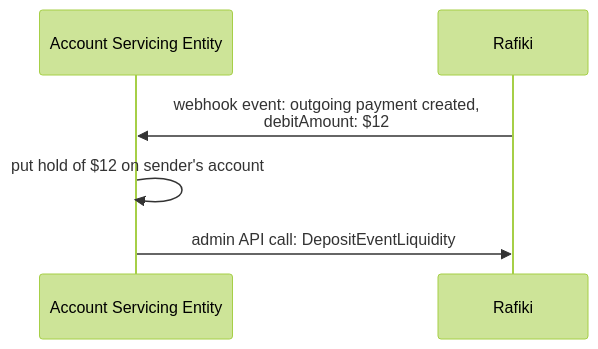
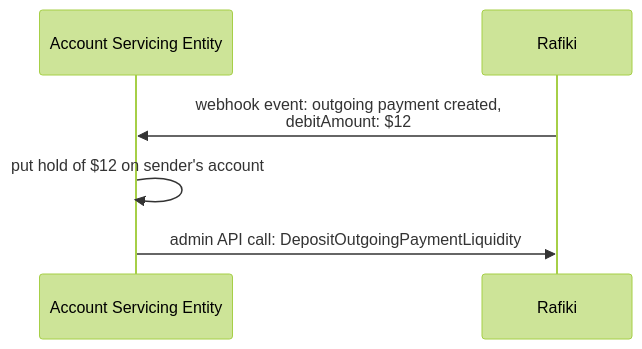
Before and after one commit to interledger/rafiki: the fourth of 10 diagrams in packages/documentation/src/content/docs/integration/event-handlers.md, drawn with Mermaid (forest theme). The commit also changed other lines of this file and 1 other file, not shown here.

````diff
--- a/packages/documentation/src/content/docs/integration/event-handlers.md
+++ b/packages/documentation/src/content/docs/integration/event-handlers.md
@@ -64,11 +64,11 @@
 ```mermaid
 
 sequenceDiagram
 
 participant ASE as Account Servicing Entity
 participant R as Rafiki
 
 R->>ASE: webhook event: outgoing payment created,<br>debitAmount: $12
 ASE->>ASE: put hold of $12 on sender's account
-ASE->>R: admin API call: DepositEventLiquidity
+ASE->>R: admin API call: DepositOutgoingPaymentLiquidity
 ```
````
